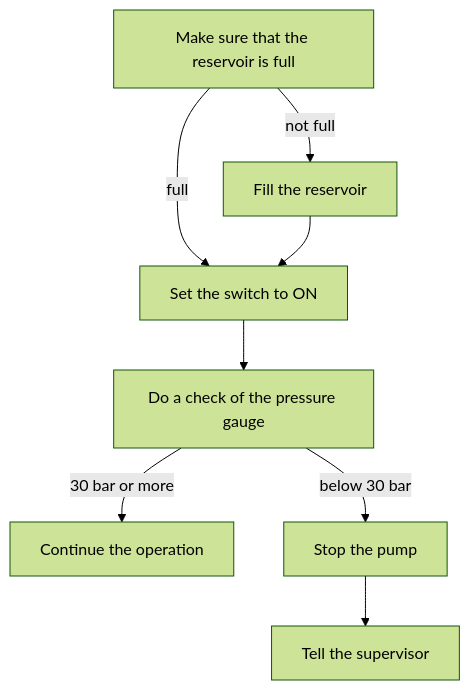
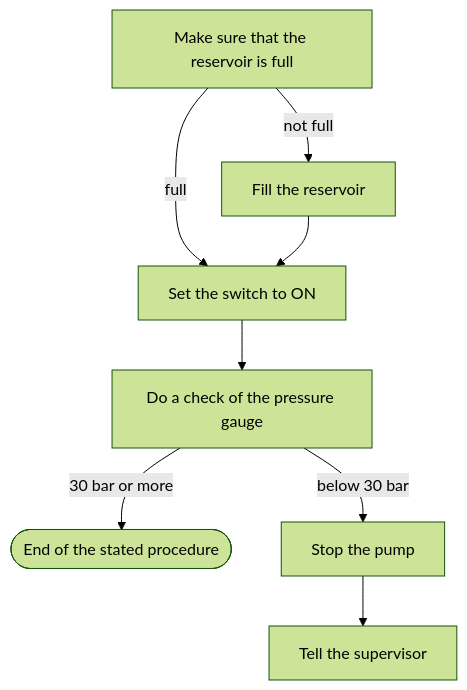
One commit to koolamusic/claudefiles changed the diagram in skills/explainer-formats/references/diagram.md. Above: the diagram before and after it, drawn with Mermaid (forest theme). The commit also changed other lines of this file and 1 other file, not shown here.

First line of the commit message:
fix(skills): tighten diagram and html references

````diff
--- a/skills/explainer-formats/references/diagram.md
+++ b/skills/explainer-formats/references/diagram.md
@@ -44,10 +44,10 @@
 ```mermaid
 flowchart TD
     A[Make sure that the reservoir is full] -->|full| C[Set the switch to ON]
     A -->|not full| B[Fill the reservoir]
     B --> C
     C --> D[Do a check of the pressure gauge]
-    D -->|30 bar or more| E[Continue the operation]
+    D -->|30 bar or more| E([End of the stated procedure])
     D -->|below 30 bar| F[Stop the pump]
     F --> G[Tell the supervisor]
 ```
````
